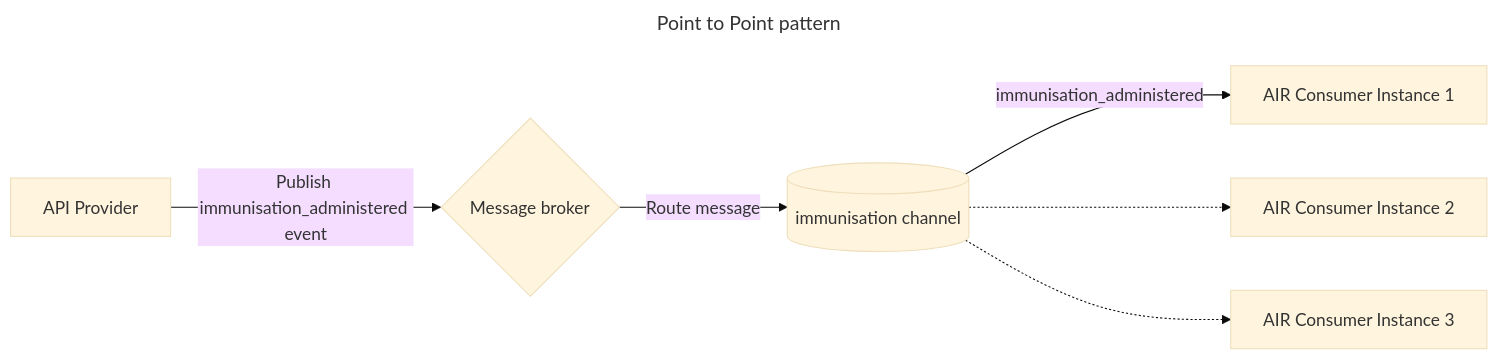
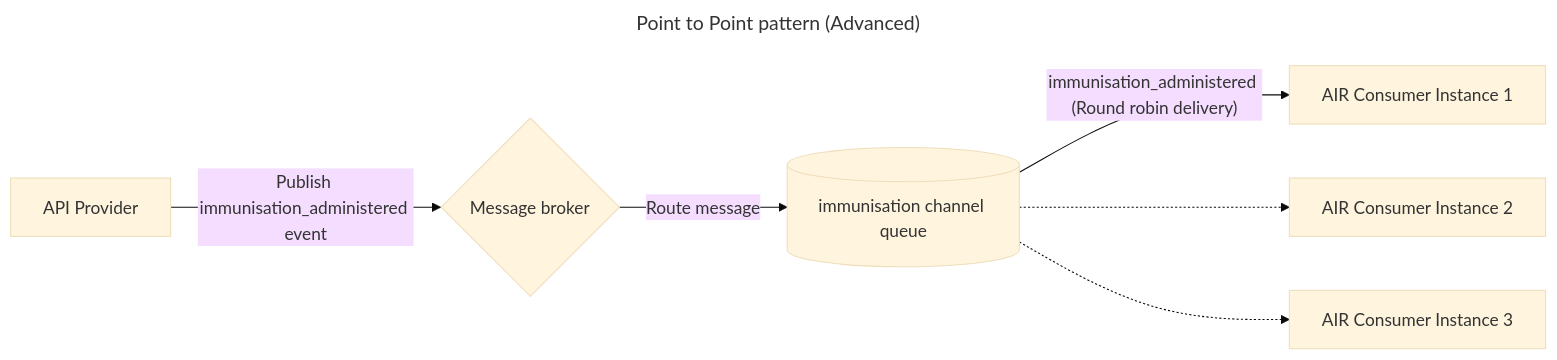
Before and after one commit to tewhatuora/api-standards: the second of 2 diagrams in docs/api-development/Asynchronous APIs/Async Patterns/03-PointToPoint.md, drawn with Mermaid (base theme). The commit also changed other lines of this file, not shown here.

Commit message:
Update Point to Point

````diff
--- a/docs/api-development/Asynchronous APIs/Async Patterns/03-PointToPoint.md
+++ b/docs/api-development/Asynchronous APIs/Async Patterns/03-PointToPoint.md
@@ -13,13 +39,13 @@
 ```mermaid
 ---
-title: Point to Point pattern
+title: Point to Point pattern (Advanced)
 ---
 flowchart LR
     accTitle: Point to point diagram
     accDescr: Flow diagram showing Point to point pattern
     A[API Provider] -->|Publish immunisation_administered event| C{Message broker}
-    C --> |Route message| D[(immunisation channel)]
-    D -->|immunisation_administered| E[AIR Consumer Instance 1]
+    C --> |Route message| D[(immunisation channel queue)]
+    D -->|"immunisation_administered (Round robin delivery)"| E[AIR Consumer Instance 1]
     D -.-> F[AIR Consumer Instance 2]
     D -.-> G[AIR Consumer Instance 3]
 ```
````
